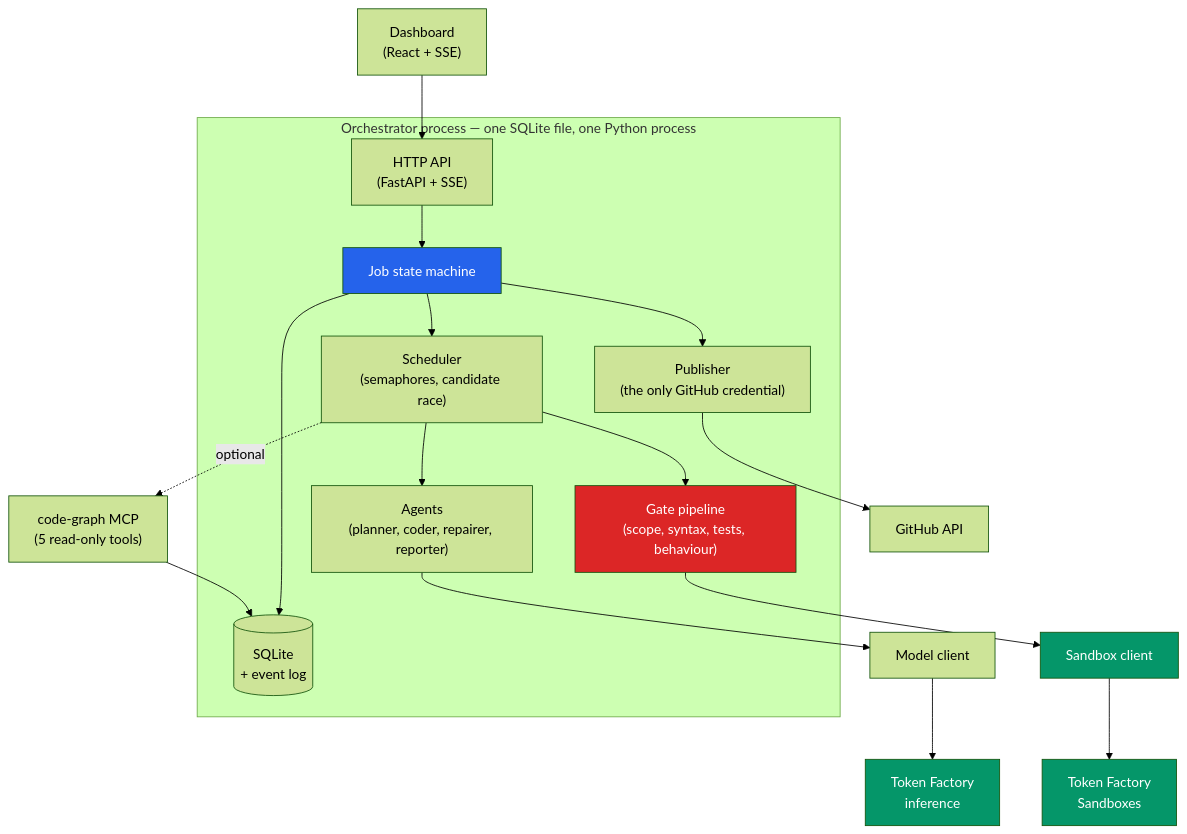
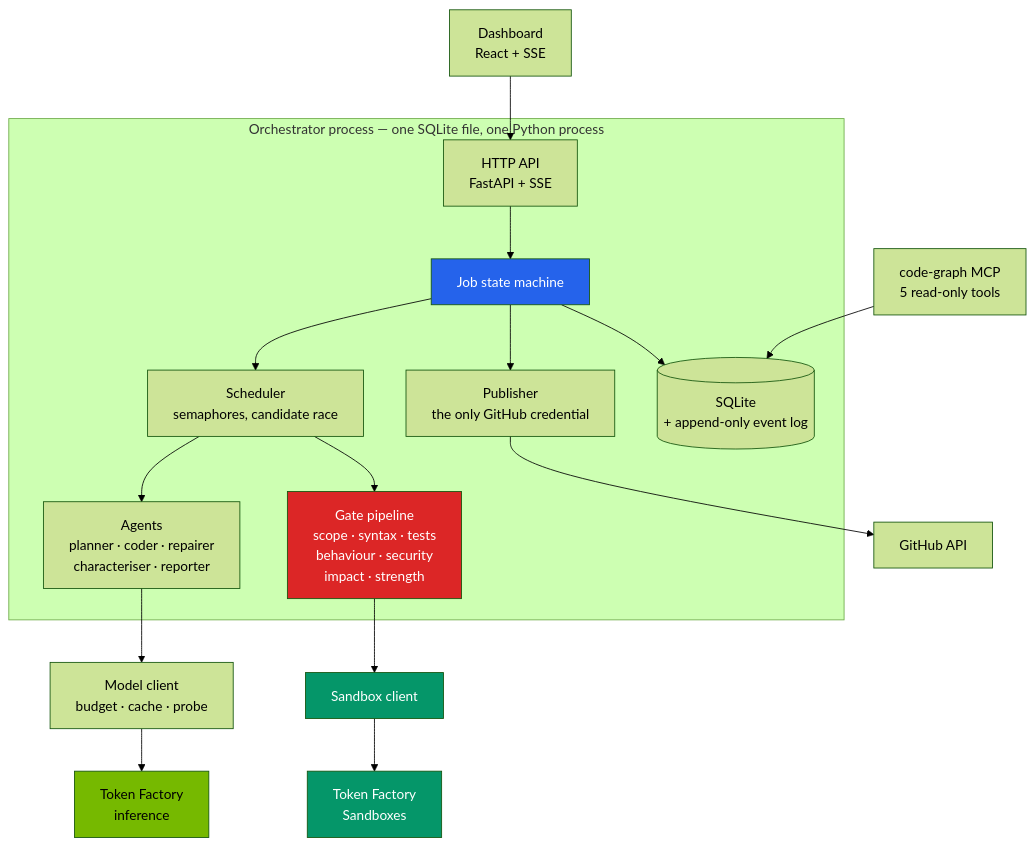
The second of 5 diagrams in README.md (BugHunterX2101/AMTDRS), drawn with Mermaid (forest theme) before and after one commit. The commit also changed other lines of this file, not shown here.

````diff
--- a/README.md
+++ b/README.md
@@ -199,25 +185,24 @@
 ```mermaid
 flowchart TB
-    UI["Dashboard\n(React + SSE)"] --> API["HTTP API\n(FastAPI + SSE)"]
+    UI["Dashboard<br/>React + SSE"] --> API["HTTP API<br/>FastAPI + SSE"]
     subgraph ORCH["Orchestrator process — one SQLite file, one Python process"]
         API --> JOB["Job state machine"]
-        JOB --> SCHED["Scheduler\n(semaphores, candidate race)"]
-        SCHED --> AGENTS["Agents\n(planner, coder, repairer, reporter)"]
-        SCHED --> GATES["Gate pipeline\n(scope, syntax, tests, behaviour)"]
-        JOB --> PUB["Publisher\n(the only GitHub credential)"]
-        JOB --> STORE[("SQLite\n+ event log")]
+        JOB --> SCHED["Scheduler<br/>semaphores, candidate race"]
+        SCHED --> AGENTS["Agents<br/>planner · coder · repairer<br/>characteriser · reporter"]
+        SCHED --> GATES["Gate pipeline<br/>scope · syntax · tests<br/>behaviour · security<br/>impact · strength"]
+        JOB --> PUB["Publisher<br/>the only GitHub credential"]
+        JOB --> STORE[("SQLite<br/>+ append-only event log")]
     end
-    AGENTS --> MODELS["Model client"]
+    AGENTS --> MODELS["Model client<br/>budget · cache · probe"]
     GATES --> SANDBOX["Sandbox client"]
-    MCP["code-graph MCP\n(5 read-only tools)"] --> STORE
-    SCHED -. optional .-> MCP
-    MODELS --> TF2["Token Factory\ninference"]
-    SANDBOX --> SBX2["Token Factory\nSandboxes"]
+    MCP["code-graph MCP<br/>5 read-only tools"] --> STORE
+    MODELS --> TF2["Token Factory<br/>inference"]
+    SANDBOX --> SBX2["Token Factory<br/>Sandboxes"]
     PUB --> GH2["GitHub API"]
 
     style JOB fill:#2563eb,color:#fff
     style GATES fill:#dc2626,color:#fff
     style SANDBOX fill:#059669,color:#fff
     style SBX2 fill:#059669,color:#fff
-    style TF2 fill:#059669,color:#fff
+    style TF2 fill:#76b900,color:#000
 ```
````
